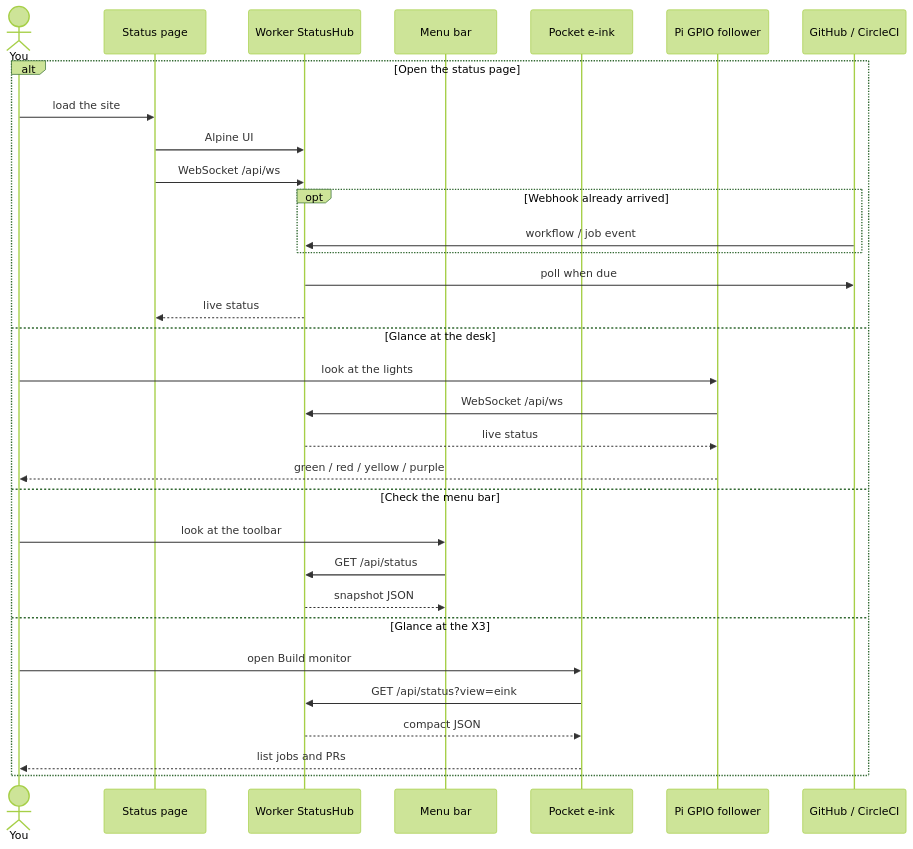
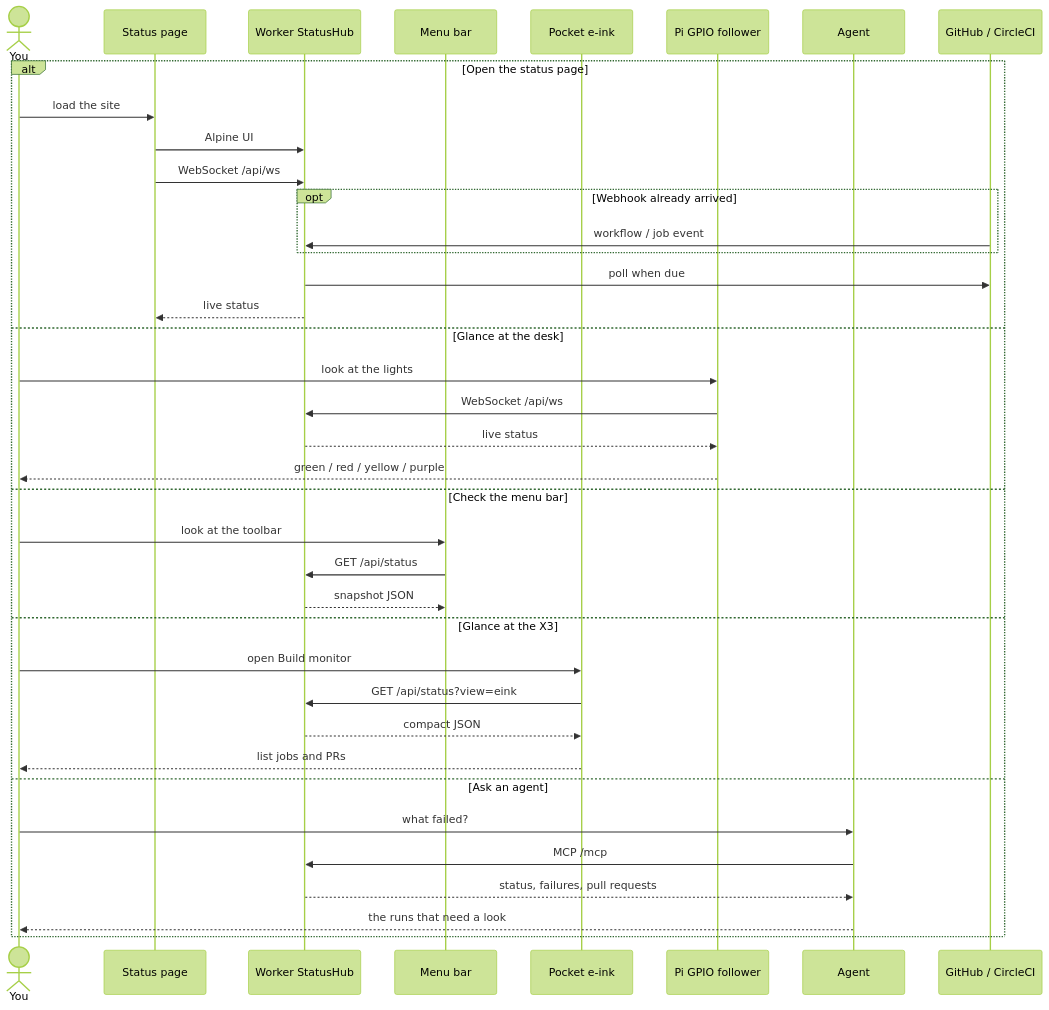
The second of 3 diagrams in README.md (mzworthington/gpio-build-monitor), drawn with Mermaid (forest theme) before and after one commit. The commit also changed other lines of this file and 6 other files, not shown here.

First line of the commit message:
docs: highlight agent access to build status

````diff
--- a/README.md
+++ b/README.md
@@ -55,35 +57,41 @@
 ```mermaid
 sequenceDiagram
   actor You
   participant Browser as Status page
   participant Worker as Worker StatusHub
   participant Mac as Menu bar
   participant X3 as Pocket e-ink
   participant Pi as Pi GPIO follower
+  participant Agent as Agent
   participant GH as GitHub / CircleCI
 
   alt Open the status page
     You->>Browser: load the site
     Browser->>Worker: Alpine UI
     Browser->>Worker: WebSocket /api/ws
     opt Webhook already arrived
       GH->>Worker: workflow / job event
     end
     Worker->>GH: poll when due
     Worker-->>Browser: live status
   else Glance at the desk
     You->>Pi: look at the lights
     Pi->>Worker: WebSocket /api/ws
     Worker-->>Pi: live status
     Pi-->>You: green / red / yellow / purple
   else Check the menu bar
     You->>Mac: look at the toolbar
     Mac->>Worker: GET /api/status
     Worker-->>Mac: snapshot JSON
   else Glance at the X3
     You->>X3: open Build monitor
     X3->>Worker: GET /api/status?view=eink
     Worker-->>X3: compact JSON
     X3-->>You: list jobs and PRs
+  else Ask an agent
+    You->>Agent: what failed?
+    Agent->>Worker: MCP /mcp
+    Worker-->>Agent: status, failures, pull requests
+    Agent-->>You: the runs that need a look
   end
 ```
````
